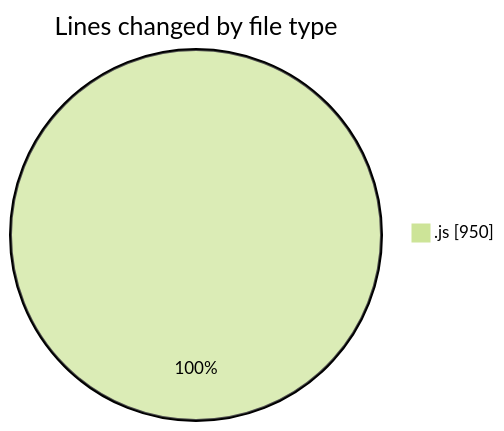
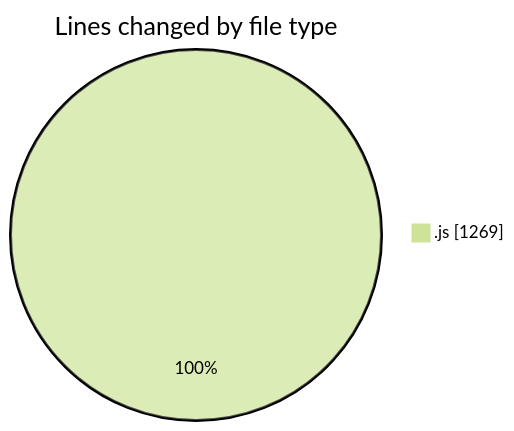
The first of 2 diagrams in 2025-12-29/nxtqube_webapp/README.md (nxtqubesakshisongat/code-tracking), drawn with Mermaid (forest theme) before and after one commit. The commit also changed other lines of this file and 1 other file, not shown here.

````diff
--- a/2025-12-29/nxtqube_webapp/README.md
+++ b/2025-12-29/nxtqube_webapp/README.md
@@ -20,5 +21,5 @@
 ```mermaid
 pie showData
 title Lines changed by file type
-".js" : 950
+".js" : 1269
 ```
````
